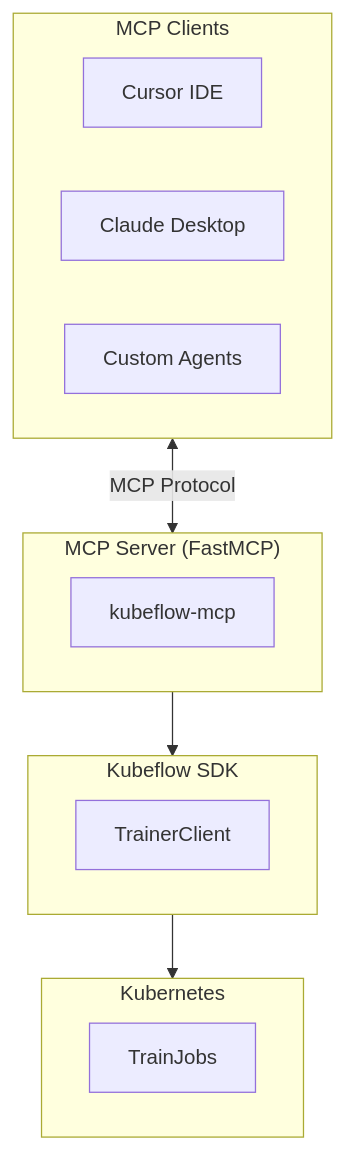
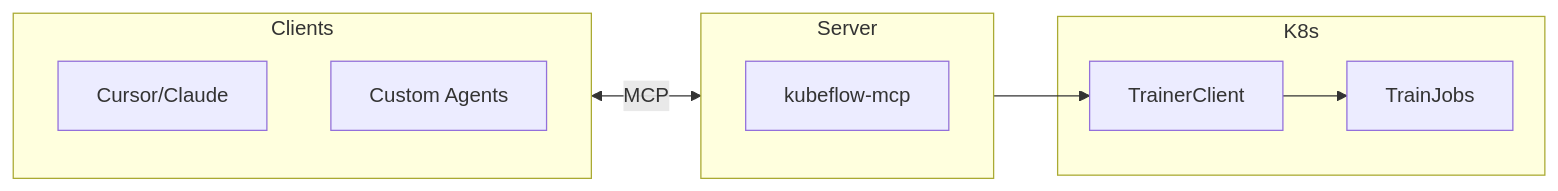
Before and after one commit to abhijeet-dhumal/mcp-server: the diagram in docs/source/development/architecture.rst, drawn with Mermaid. The commit also changed other lines of this file and 24 other files, not shown here.

```diff
--- a/docs/source/development/architecture.rst
+++ b/docs/source/development/architecture.rst
@@ -11,24 +6,15 @@
 .. mermaid::
 
-   flowchart TB
-       subgraph Clients["MCP Clients"]
-           C1[Cursor IDE]
-           C2[Claude Desktop]
-           C3[Custom Agents]
+   flowchart LR
+       subgraph Clients
+           C1[Cursor/Claude]
+           C2[Custom Agents]
        end
-
-       subgraph Server["MCP Server (FastMCP)"]
+       subgraph Server
            S[kubeflow-mcp]
        end
-
-       subgraph SDK["Kubeflow SDK"]
+       subgraph K8s
            T[TrainerClient]
-       end
-
-       subgraph K8s["Kubernetes"]
            J[TrainJobs]
        end
-
-       Clients <-->|MCP Protocol| Server
-       Server --> SDK
-       SDK --> K8s
+       Clients <-->|MCP| Server --> T --> J
```
